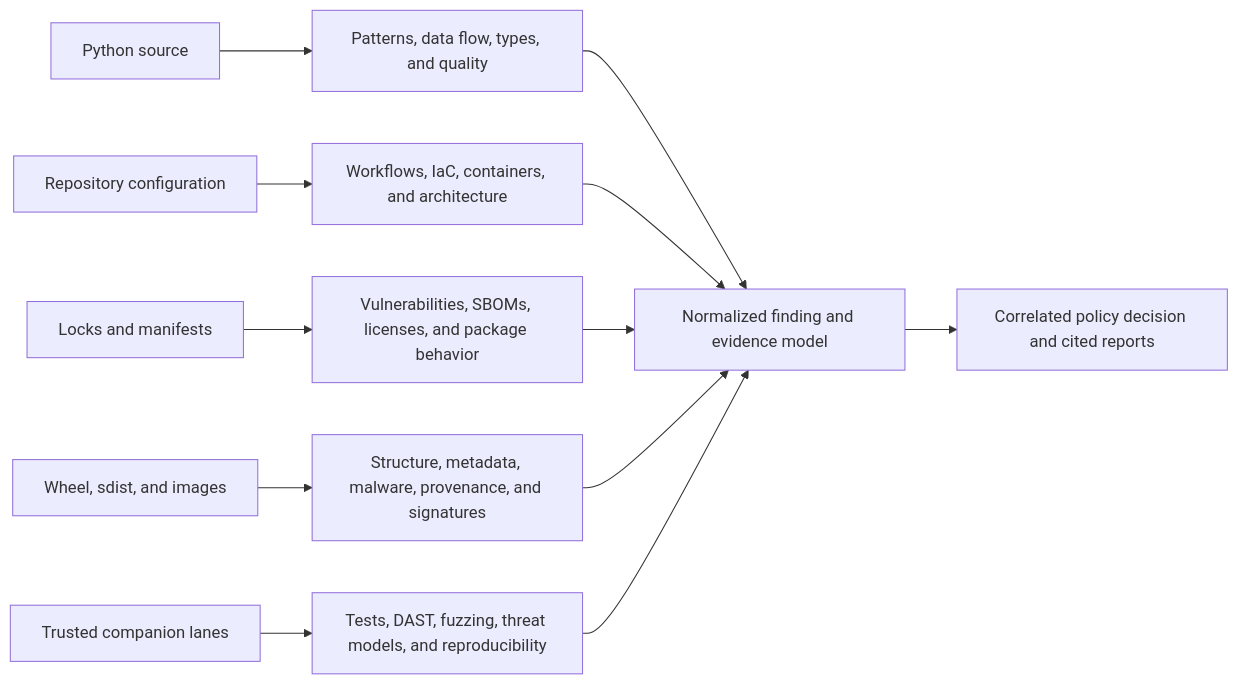
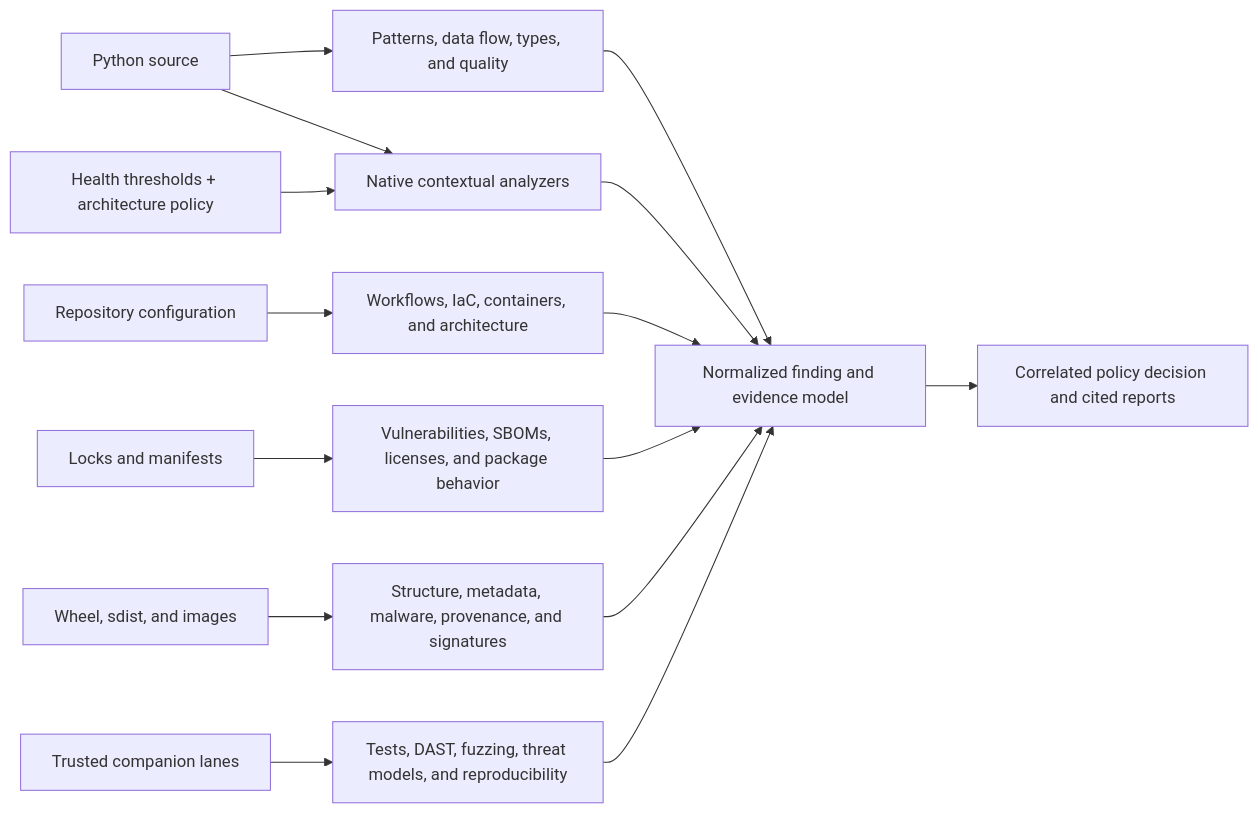
The diagram in docs/compatibility-matrix.md (willtran87/project-py-security-suite), drawn with Mermaid before and after one commit. The commit also changed other lines of this file and 303 other files, not shown here.

````diff
--- a/docs/compatibility-matrix.md
+++ b/docs/compatibility-matrix.md
@@ -10,14 +10,17 @@
 ```mermaid
 flowchart LR
     Source["Python source"] --> Static["Patterns, data flow, types, and quality"]
     Repo["Repository configuration"] --> Delivery["Workflows, IaC, containers, and architecture"]
+    AnalysisPolicy["Health thresholds + architecture policy"] --> Context["Native contextual analyzers"]
+    Source --> Context
     Dependencies["Locks and manifests"] --> Components["Vulnerabilities, SBOMs, licenses, and package behavior"]
     Artifacts["Wheel, sdist, and images"] --> Supply["Structure, metadata, malware, provenance, and signatures"]
     Evidence["Trusted companion lanes"] --> Dynamic["Tests, DAST, fuzzing, threat models, and reproducibility"]
     Static --> Model["Normalized finding and evidence model"]
+    Context --> Model
     Delivery --> Model
     Components --> Model
     Supply --> Model
     Dynamic --> Model
     Model --> Decision["Correlated policy decision and cited reports"]
 ```
````
